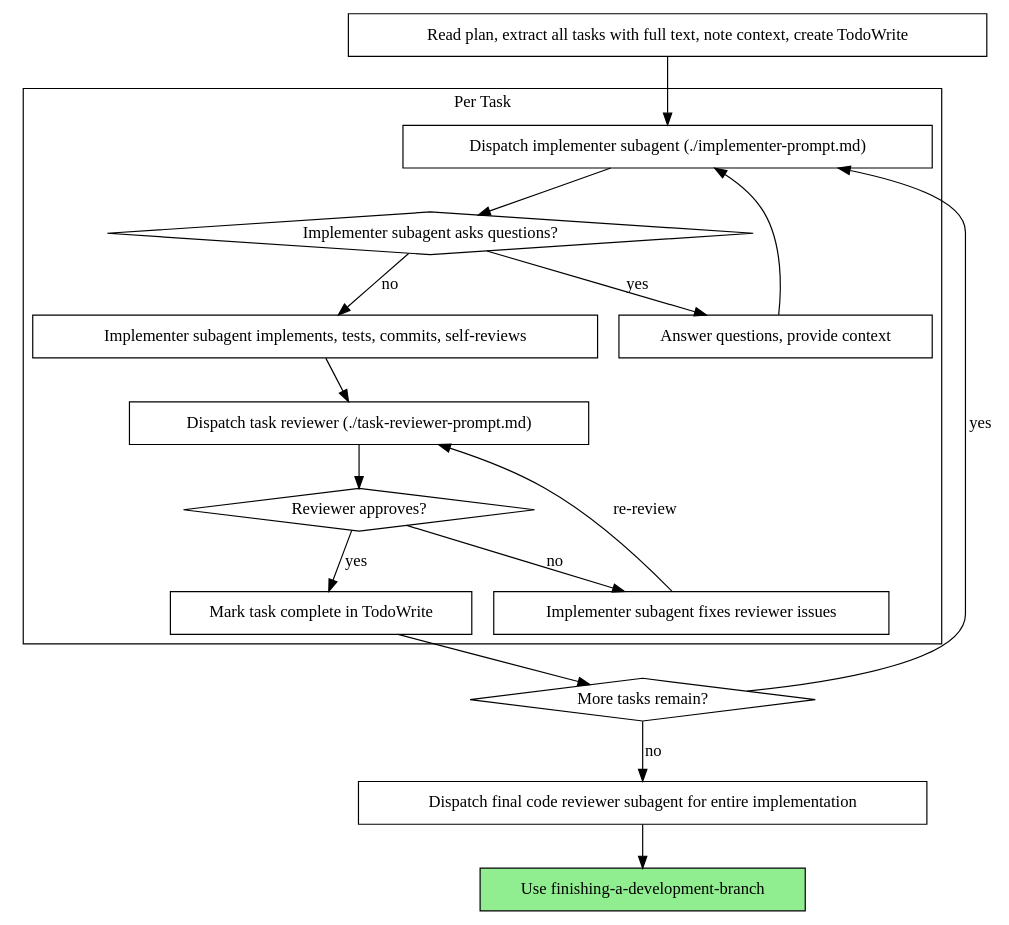
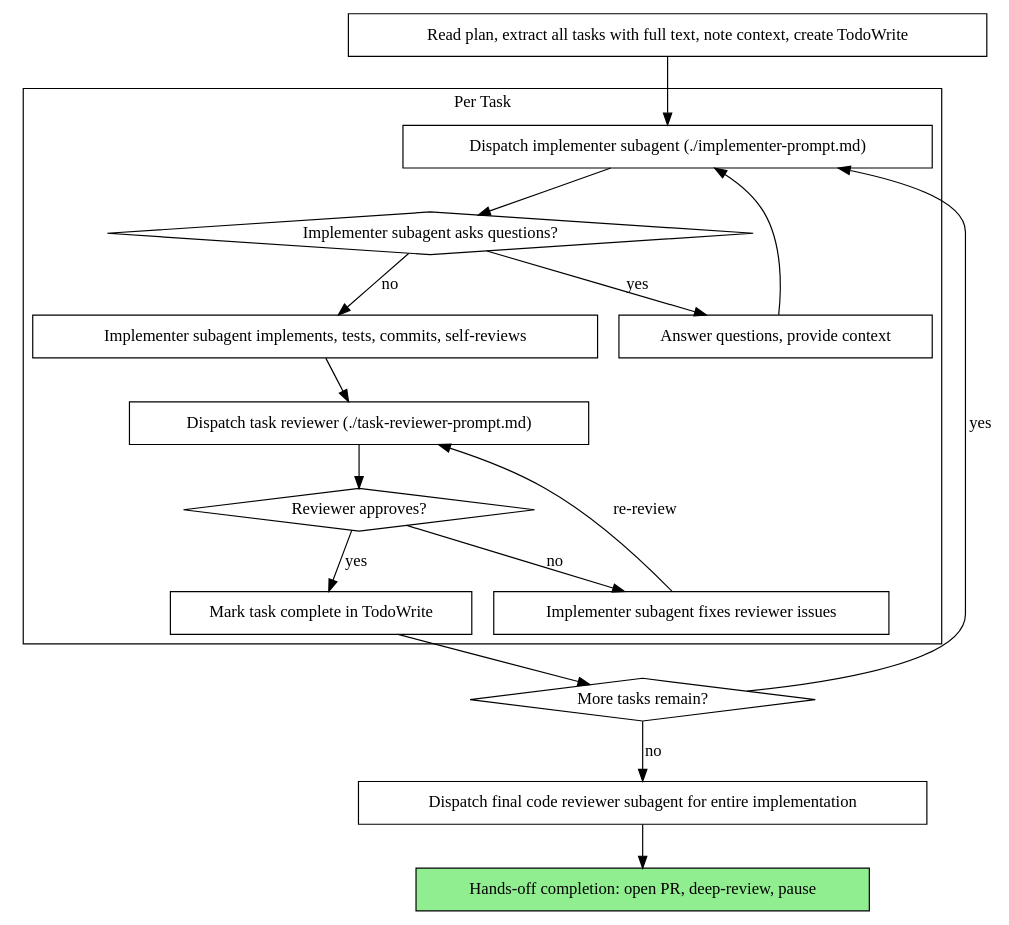
Before and after one commit to iamsdas/agent-skills: the second of 2 diagrams in development/skills/subagent-driven-development/SKILL.md, drawn with Graphviz. The commit also changed other lines of this file and 3 other files, not shown here.

First line of the commit message:
feat: hands-off development flow with summary-first approval

````diff
--- a/development/skills/subagent-driven-development/SKILL.md
+++ b/development/skills/subagent-driven-development/SKILL.md
@@ -48,37 +50,37 @@
 ```dot
 digraph process {
     rankdir=TB;
 
     subgraph cluster_per_task {
         label="Per Task";
         "Dispatch implementer subagent (./implementer-prompt.md)" [shape=box];
         "Implementer subagent asks questions?" [shape=diamond];
         "Answer questions, provide context" [shape=box];
         "Implementer subagent implements, tests, commits, self-reviews" [shape=box];
         "Dispatch task reviewer (./task-reviewer-prompt.md)" [shape=box];
         "Reviewer approves?" [shape=diamond];
         "Implementer subagent fixes reviewer issues" [shape=box];
         "Mark task complete in TodoWrite" [shape=box];
     }
 
     "Read plan, extract all tasks with full text, note context, create TodoWrite" [shape=box];
     "More tasks remain?" [shape=diamond];
     "Dispatch final code reviewer subagent for entire implementation" [shape=box];
-    "Use finishing-a-development-branch" [shape=box style=filled fillcolor=lightgreen];
+    "Hands-off completion: open PR, deep-review, pause" [shape=box style=filled fillcolor=lightgreen];
 
     "Read plan, extract all tasks with full text, note context, create TodoWrite" -> "Dispatch implementer subagent (./implementer-prompt.md)";
     "Dispatch implementer subagent (./implementer-prompt.md)" -> "Implementer subagent asks questions?";
     "Implementer subagent asks questions?" -> "Answer questions, provide context" [label="yes"];
     "Answer questions, provide context" -> "Dispatch implementer subagent (./implementer-prompt.md)";
     "Implementer subagent asks questions?" -> "Implementer subagent implements, tests, commits, self-reviews" [label="no"];
     "Implementer subagent implements, tests, commits, self-reviews" -> "Dispatch task reviewer (./task-reviewer-prompt.md)";
     "Dispatch task reviewer (./task-reviewer-prompt.md)" -> "Reviewer approves?";
     "Reviewer approves?" -> "Implementer subagent fixes reviewer issues" [label="no"];
     "Implementer subagent fixes reviewer issues" -> "Dispatch task reviewer (./task-reviewer-prompt.md)" [label="re-review"];
     "Reviewer approves?" -> "Mark task complete in TodoWrite" [label="yes"];
     "Mark task complete in TodoWrite" -> "More tasks remain?";
     "More tasks remain?" -> "Dispatch implementer subagent (./implementer-prompt.md)" [label="yes"];
     "More tasks remain?" -> "Dispatch final code reviewer subagent for entire implementation" [label="no"];
-    "Dispatch final code reviewer subagent for entire implementation" -> "Use finishing-a-development-branch";
+    "Dispatch final code reviewer subagent for entire implementation" -> "Hands-off completion: open PR, deep-review, pause";
 }
 ```
````
